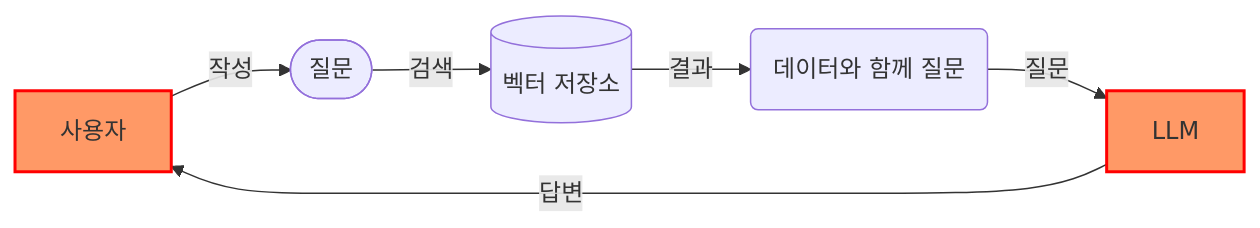
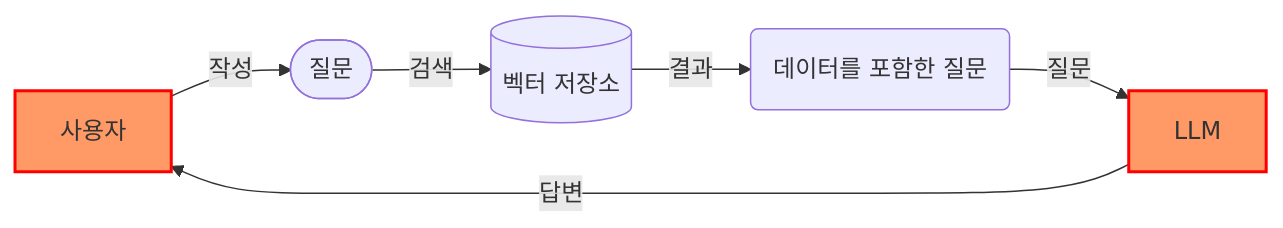
One commit to realbits-lab/gitbook changed the diagram in ko/realbits/overview.md. Above: the diagram before and after it, drawn with Mermaid. The commit also changed other lines of this file and 3 other files, not shown here.

````diff
--- a/ko/realbits/overview.md
+++ b/ko/realbits/overview.md
@@ -17,11 +17,11 @@
 ```mermaid
 graph LR
   style U fill:#f96,stroke:#f00,stroke-width:2px
   style L fill:#f96,stroke:#f00,stroke-width:2px
 
   U["사용자"] -->|작성|Q(["질문"])
   Q -->|검색|V[("벡터 저장소")]
-  V -->|결과|T("데이터와 함께 질문")
+  V -->|결과|T("데이터를 포함한 질문")
   T -->|질문|L["LLM"]
   L -->|답변|U
 ```
````
